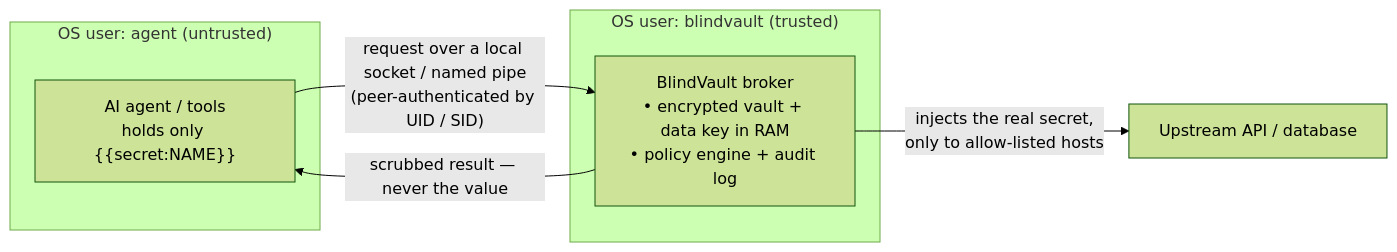
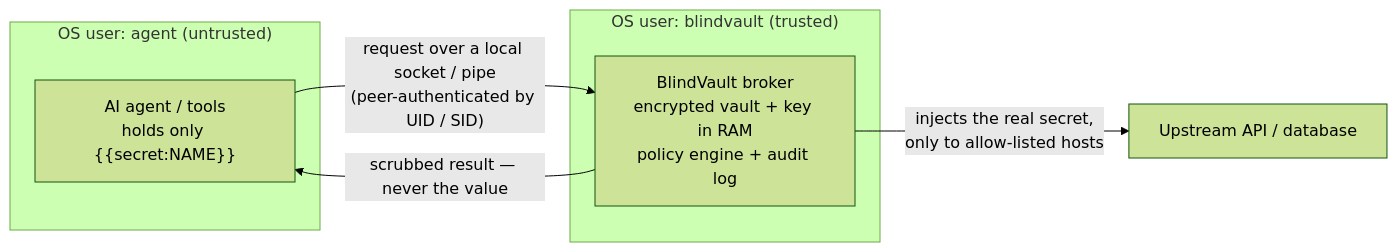
The diagram in README.md (psypilot/blindvault), drawn with Mermaid (forest theme) before and after one commit. The commit also changed other lines of this file and 2 other files, not shown here.

````diff
--- a/README.md
+++ b/README.md
@@ -73,12 +157,12 @@
 ```mermaid
 flowchart LR
     subgraph A["OS user: agent (untrusted)"]
         AG["AI agent / tools<br/>holds only {{secret:NAME}}"]
     end
     subgraph B["OS user: blindvault (trusted)"]
-        BR["BlindVault broker<br/>• encrypted vault + data key in RAM<br/>• policy engine + audit log"]
+        BR["BlindVault broker<br/>encrypted vault + key in RAM<br/>policy engine + audit log"]
     end
-    AG -- "request over a local socket / named pipe<br/>(peer-authenticated by UID / SID)" --> BR
+    AG -- "request over a local socket / pipe<br/>(peer-authenticated by UID / SID)" --> BR
     BR -- "injects the real secret,<br/>only to allow-listed hosts" --> UP["Upstream API / database"]
     BR -- "scrubbed result — never the value" --> AG
 ```
````
